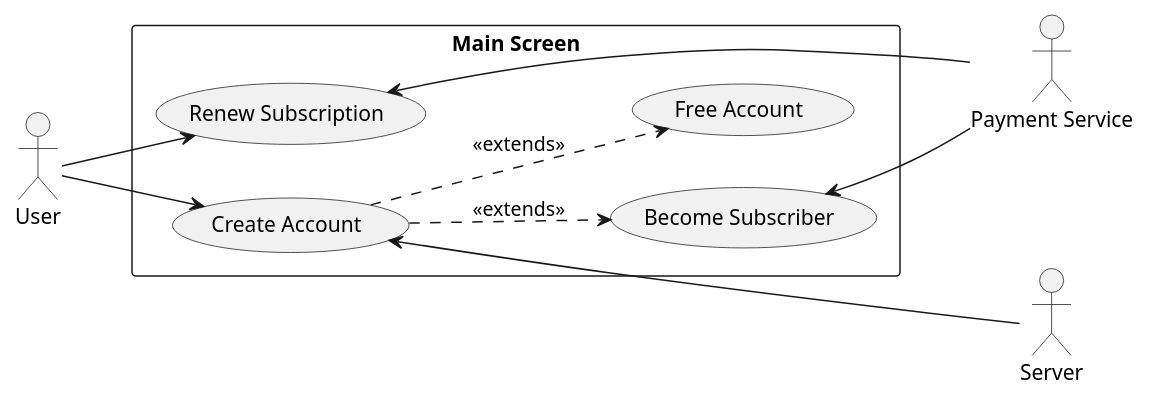
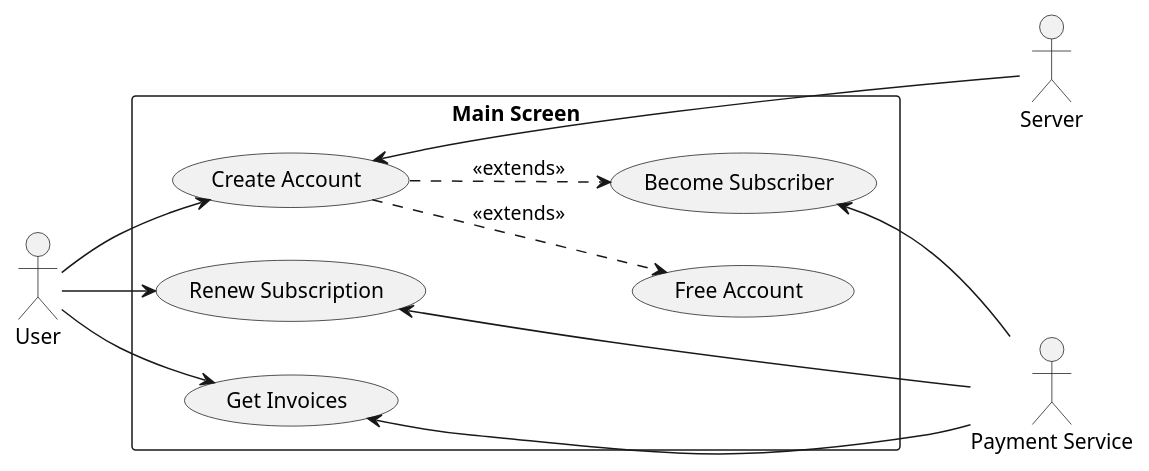
Before and after one commit to eugercek/video-gui: the second of 2 diagrams in doc/UML/README.org, drawn with PlantUML. The commit also changed other lines of this file, not shown here.

Commit message:
doc(UML): Add "Get Invoices" use-case

```diff
--- a/doc/UML/README.org
+++ b/doc/UML/README.org
@@ -28,23 +28,27 @@
 #+begin_src plantuml
 left to right direction
 actor User
 actor Server
 actor paymentService as "Payment Service"
 
 rectangle "Main Screen"{
         usecase createAccount as "Create Account"
         usecase renew as "Renew Subscription"
+        usecase invoice as "Get Invoices"
 
         User --> createAccount
 
         createAccount ..> (Become Subscriber)  : <<extends>>
         createAccount ..> (Free Account)  : <<extends>>
 
         createAccount <--- Server
         (Become Subscriber) <-- paymentService
 
         User --> renew
         renew <-- paymentService
 
+        User --> invoice
+        invoice <-- paymentService
+
 }
 #+end_src
```
